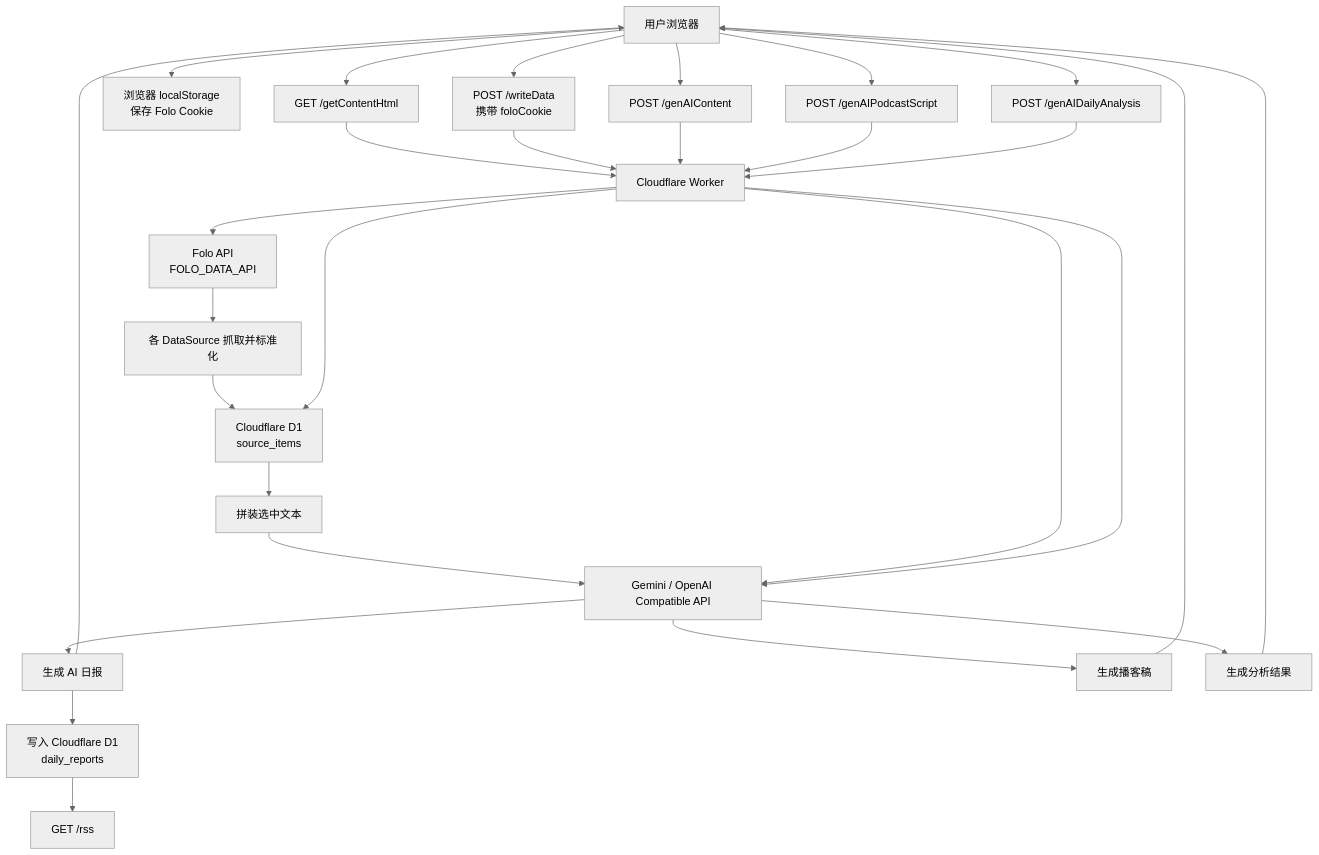
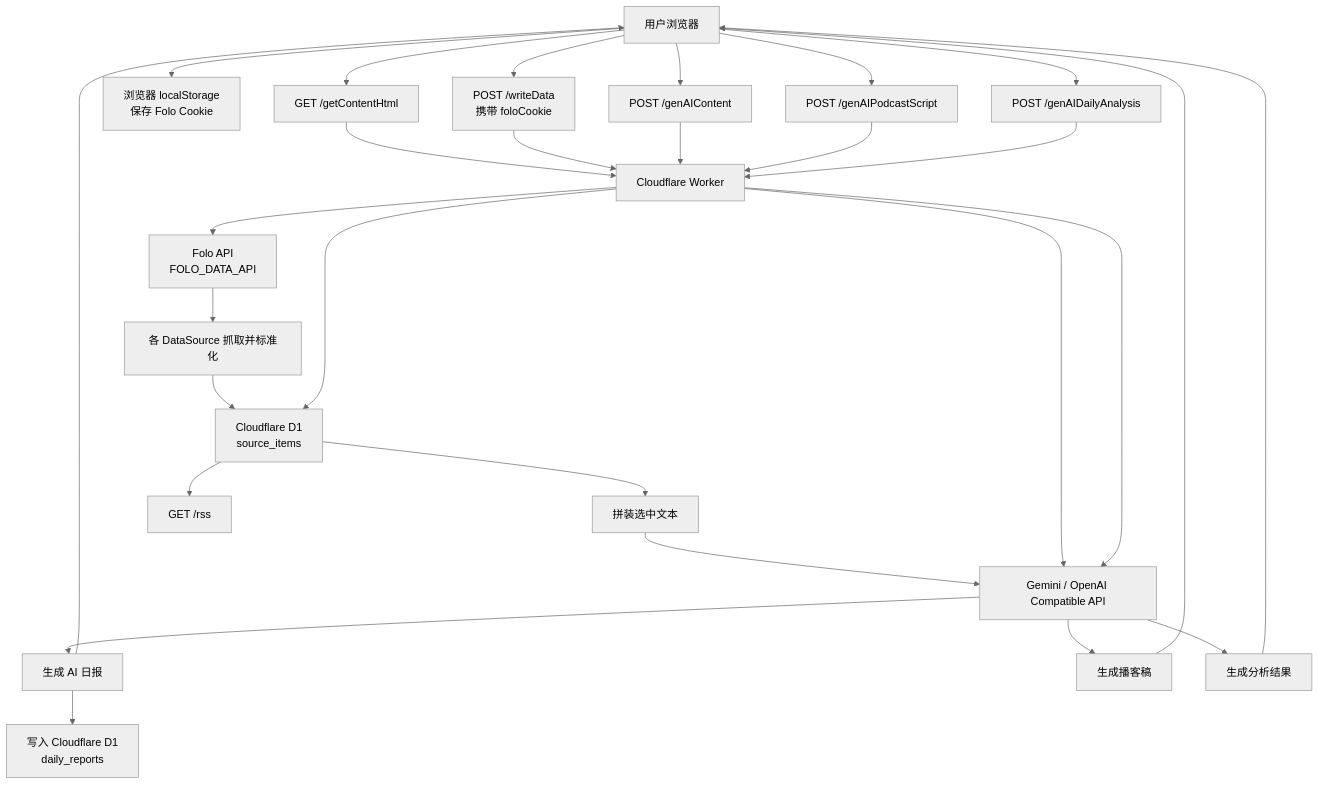
One commit to wenson/CloudFlare-AI-Insight-Daily changed the first of 2 diagrams in docs/DATA_FLOW.md. Above: the diagram before and after it, drawn with Mermaid (neutral theme). The commit also changed other lines of this file and 7 other files, not shown here.

````diff
--- a/docs/DATA_FLOW.md
+++ b/docs/DATA_FLOW.md
@@ -11,36 +11,36 @@
 ```mermaid
 flowchart TD
     U[用户浏览器] --> A[GET /getContentHtml]
     A --> W[Cloudflare Worker]
 
     U --> B[浏览器 localStorage<br/>保存 Folo Cookie]
     U --> C[POST /writeData<br/>携带 foloCookie]
     C --> W
 
     W --> D1[Folo API<br/>FOLO_DATA_API]
     D1 --> E[各 DataSource 抓取并标准化]
     E --> F[Cloudflare D1<br/>source_items]
 
     U --> G[POST /genAIContent]
     G --> W
     W --> F
     F --> H[拼装选中文本]
     H --> I[Gemini / OpenAI Compatible API]
     I --> J[生成 AI 日报]
     J --> U
 
     U --> K[POST /genAIPodcastScript]
     K --> W
     W --> I
     I --> L[生成播客稿]
     L --> U
 
+    F --> P[GET /rss]
     J --> O[写入 Cloudflare D1<br/>daily_reports]
-    O --> P[GET /rss]
 
     U --> M[POST /genAIDailyAnalysis]
     M --> W
     W --> I
     I --> N[生成分析结果]
     N --> U
 ```
````
